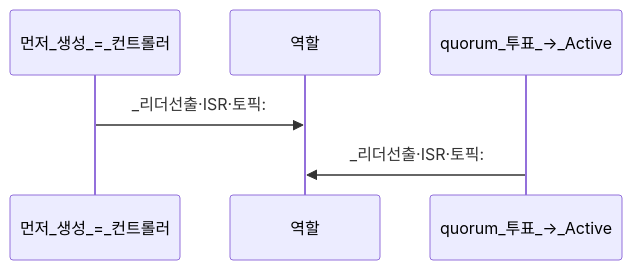
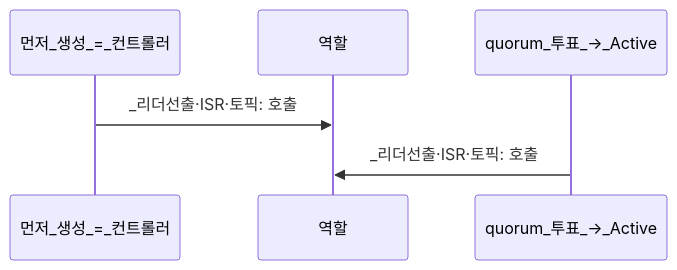
Diagram 18 of 21 in _posts/kafka/2026-05-01-kafka-internals.md (yjkim2015/yjkim2015.github.io), drawn with Mermaid before and after one commit. The commit also changed other lines of this file and 85 other files, not shown here.

First line of the commit message:
sequenceDiagram 문법 에러 2차 수정 169개 (86파일)

````diff
--- a/_posts/kafka/2026-05-01-kafka-internals.md
+++ b/_posts/kafka/2026-05-01-kafka-internals.md
@@ -493,5 +493,5 @@
 ```mermaid
 sequenceDiagram
-    먼저_생성_=_컨트롤러->>역할:_리더선출·ISR·토픽:
-    quorum_투표_→_Active->>역할:_리더선출·ISR·토픽:
+    먼저_생성_=_컨트롤러->>역할:_리더선출·ISR·토픽: 호출
+    quorum_투표_→_Active->>역할:_리더선출·ISR·토픽: 호출
 ```
````
